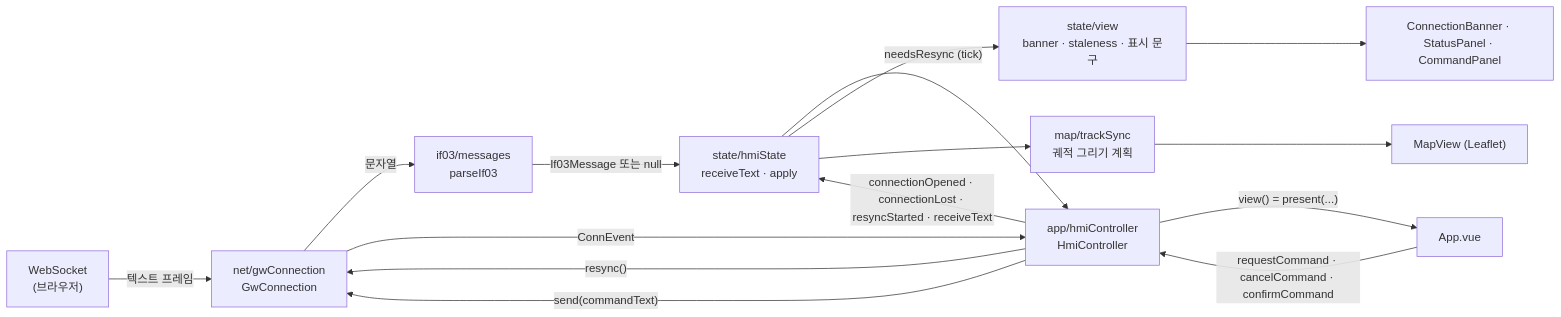
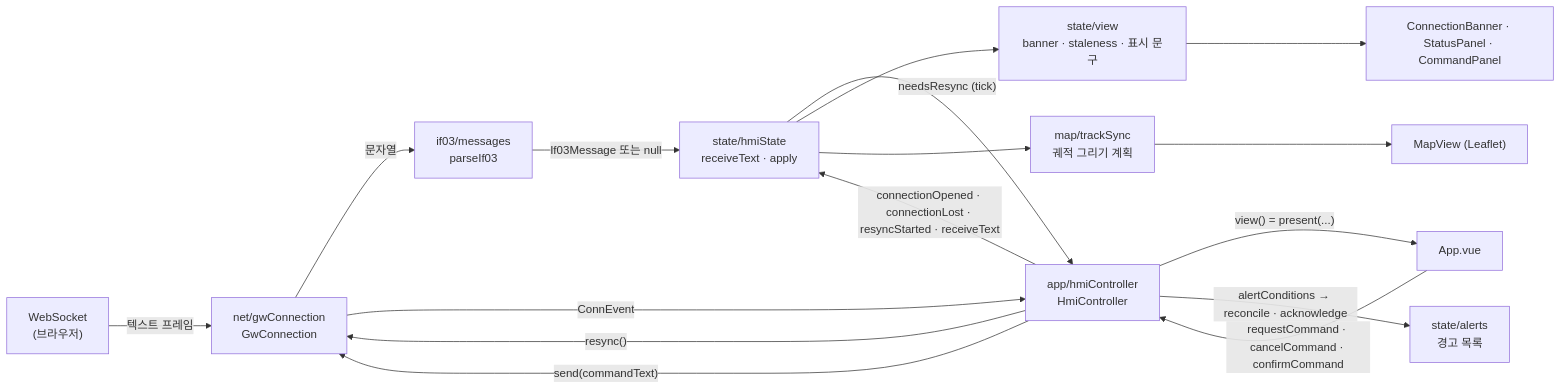
The sixth of 9 diagrams in docs/03_SDD.md (PuniPaw/ugv-control-hmi), drawn with Mermaid before and after one commit. The commit also changed other lines of this file and 3 other files, not shown here.

````diff
--- a/docs/03_SDD.md
+++ b/docs/03_SDD.md
@@ -253,17 +254,18 @@
 ```mermaid
 flowchart LR
     WS["WebSocket<br/>(브라우저)"] -->|텍스트 프레임| CONN["net/gwConnection<br/>GwConnection"]
     CONN -->|문자열| PARSE["if03/messages<br/>parseIf03"]
     PARSE -->|If03Message 또는 null| STATE["state/hmiState<br/>receiveText · apply"]
     CONN -->|"ConnEvent"| CTRL["app/hmiController<br/>HmiController"]
     CTRL -->|"connectionOpened · connectionLost · resyncStarted · receiveText"| STATE
     STATE -->|"needsResync (tick)"| CTRL
     CTRL -->|"resync()"| CONN
     CTRL -->|"view() = present(...)"| APP["App.vue"]
     APP -->|"requestCommand · cancelCommand · confirmCommand"| CTRL
     CTRL -->|"send(commandText)"| CONN
     STATE --> VIEW["state/view<br/>banner · staleness · 표시 문구"]
+    CTRL -->|"alertConditions → reconcile · acknowledge"| ALERTS["state/alerts<br/>경고 목록"]
     STATE --> SYNC["map/trackSync<br/>궤적 그리기 계획"]
     VIEW --> UI["ConnectionBanner · StatusPanel · CommandPanel"]
     SYNC --> MAP["MapView (Leaflet)"]
 ```
````
